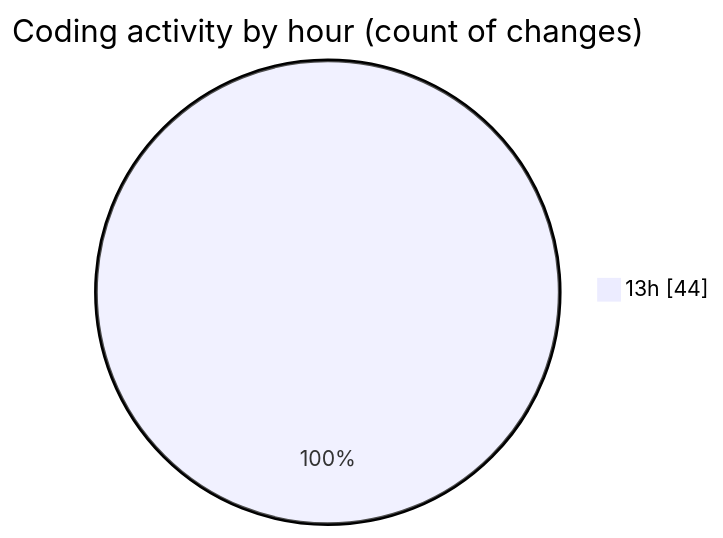
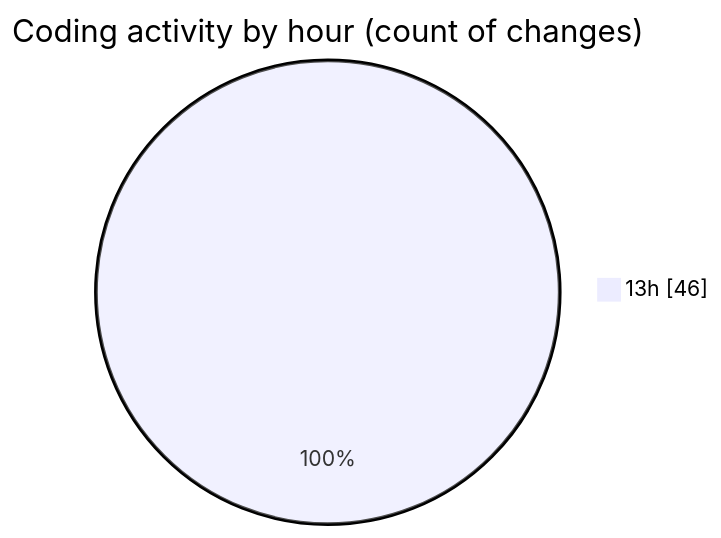
Before and after one commit to momahboobian/code-tracking: the second of 2 diagrams in 2026-07-16/cda/README.md, drawn with Mermaid. The commit also changed other lines of this file and 1 other file, not shown here.

````diff
--- a/2026-07-16/cda/README.md
+++ b/2026-07-16/cda/README.md
@@ -61,5 +63,5 @@
 ```mermaid
 pie showData
 title Coding activity by hour (count of changes)
-"13h" : 44
+"13h" : 46
 ```
````
